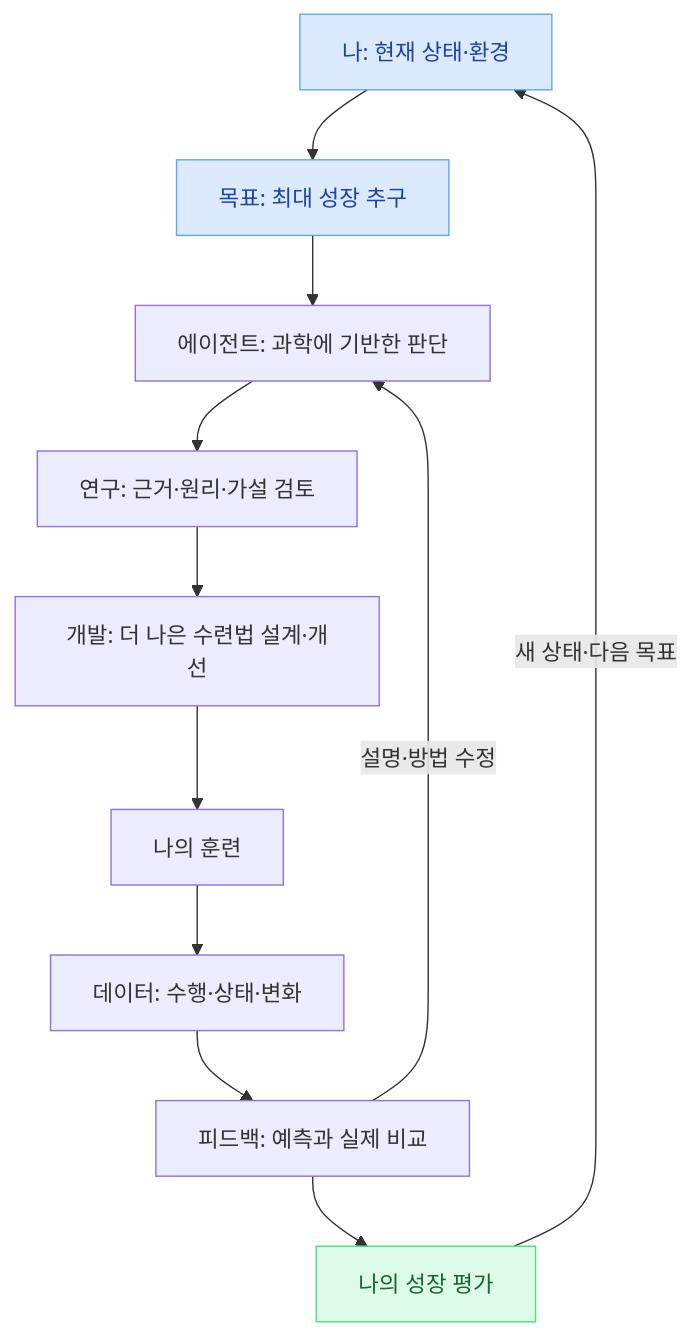
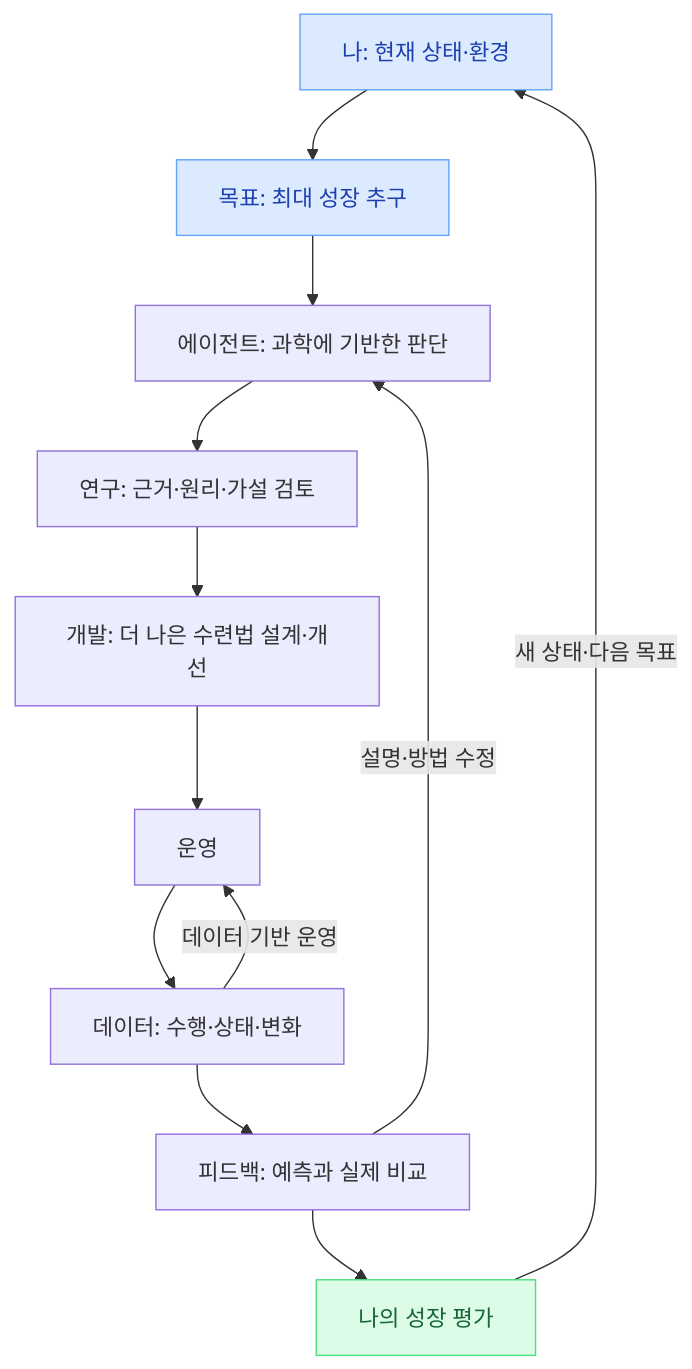
The first of 8 diagrams in docs/SPECIFICATION.md (Rmayana/frontier-research-harness), drawn with Mermaid before and after one commit.

Commit message:
Change label from 'My Training' to 'Operations'

````diff
--- a/docs/SPECIFICATION.md
+++ b/docs/SPECIFICATION.md
@@ -58,20 +58,21 @@
 ```mermaid
 flowchart TD
     A["나: 현재 상태·환경"]
     B["목표: 최대 성장 추구"]
     C["에이전트: 과학에 기반한 판단"]
     D["연구: 근거·원리·가설 검토"]
     E["개발: 더 나은 수련법 설계·개선"]
-    F["나의 훈련"]
+    F["운영"]
     G["데이터: 수행·상태·변화"]
     H["피드백: 예측과 실제 비교"]
     I["나의 성장 평가"]
 
     A --> B --> C --> D --> E --> F --> G --> H --> I
     H -->|"설명·방법 수정"| C
     I -->|"새 상태·다음 목표"| A
+    G -->|"데이터 기반 운영"| F
 
     style A fill:#dbeafe,color:#1e40af,stroke:#60a5fa
     style B fill:#dbeafe,color:#1e40af,stroke:#60a5fa
     style I fill:#dcfce7,color:#166534,stroke:#4ade80
 ```
````
